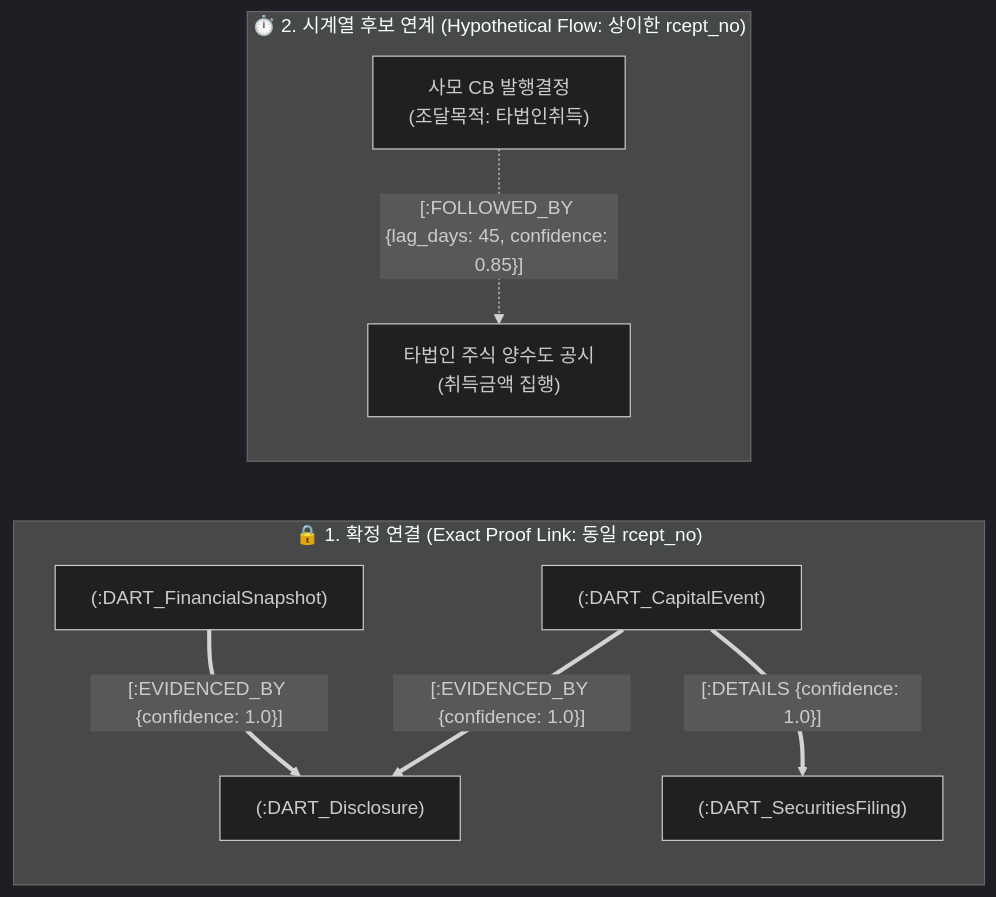
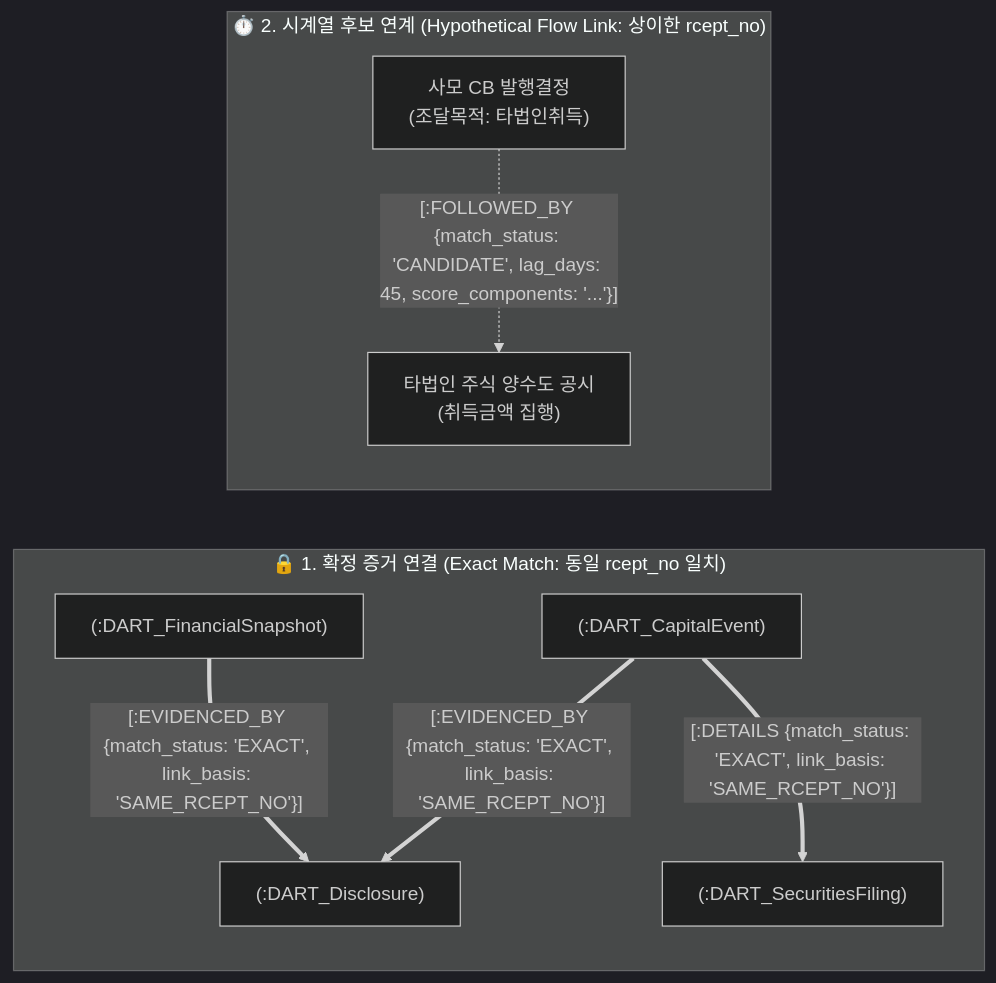
Before and after one commit to mycar4/enkoa-practice-knowledge-graph: the second of 2 diagrams in 내작업폴더/00_DART_Trace_지식그래프_온톨로지_및_데이터구조_명세서_v0.4_백로그초안.md, drawn with Mermaid (dark theme). The commit also changed other lines of this file, not shown here.

Commit message:
docs(v0.4): resolve snapshot PK collision, add DART_Person/OWNS_STAKE DDL, objective key-matching and GDS exploration principles

````diff
--- a/내작업폴더/00_DART_Trace_지식그래프_온톨로지_및_데이터구조_명세서_v0.4_백로그초안.md
+++ b/내작업폴더/00_DART_Trace_지식그래프_온톨로지_및_데이터구조_명세서_v0.4_백로그초안.md
@@ -119,12 +128,12 @@
 ```mermaid
 flowchart LR
-    subgraph Exact ["🔒 1. 확정 연결 (Exact Proof Link: 동일 rcept_no)"]
-        E1["(:DART_CapitalEvent)"] == "[:EVIDENCED_BY {confidence: 1.0}]" ==> D1["(:DART_Disclosure)"]
-        E1 == "[:DETAILS {confidence: 1.0}]" ==> S1["(:DART_SecuritiesFiling)"]
-        F1["(:DART_FinancialSnapshot)"] == "[:EVIDENCED_BY {confidence: 1.0}]" ==> D1
+    subgraph Exact ["🔒 1. 확정 증거 연결 (Exact Match: 동일 rcept_no 일치)"]
+        E1["(:DART_CapitalEvent)"] == "[:EVIDENCED_BY {match_status: 'EXACT', link_basis: 'SAME_RCEPT_NO'}]" ==> D1["(:DART_Disclosure)"]
+        E1 == "[:DETAILS {match_status: 'EXACT', link_basis: 'SAME_RCEPT_NO'}]" ==> S1["(:DART_SecuritiesFiling)"]
+        F1["(:DART_FinancialSnapshot)"] == "[:EVIDENCED_BY {match_status: 'EXACT', link_basis: 'SAME_RCEPT_NO'}]" ==> D1
     end
 
-    subgraph Candidate ["⏱️ 2. 시계열 후보 연계 (Hypothetical Flow: 상이한 rcept_no)"]
-        CB["사모 CB 발행결정<br/>(조달목적: 타법인취득)"] -. "[:FOLLOWED_BY {lag_days: 45, confidence: 0.85}]" .-> ACQ["타법인 주식 양수도 공시<br/>(취득금액 집행)"]
+    subgraph Candidate ["⏱️ 2. 시계열 후보 연계 (Hypothetical Flow Link: 상이한 rcept_no)"]
+        CB["사모 CB 발행결정<br/>(조달목적: 타법인취득)"] -. "[:FOLLOWED_BY {match_status: 'CANDIDATE', lag_days: 45, score_components: '...'}]" .-> ACQ["타법인 주식 양수도 공시<br/>(취득금액 집행)"]
     end
 ```
````
